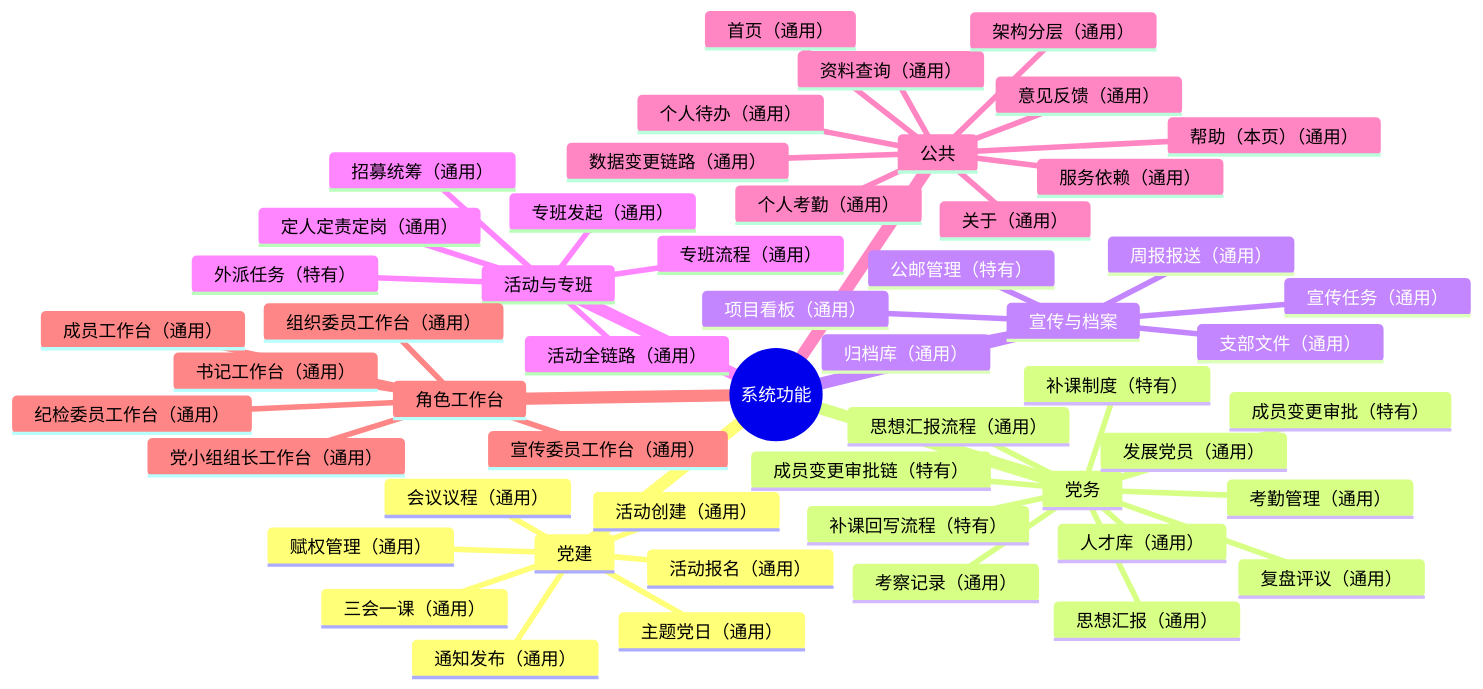
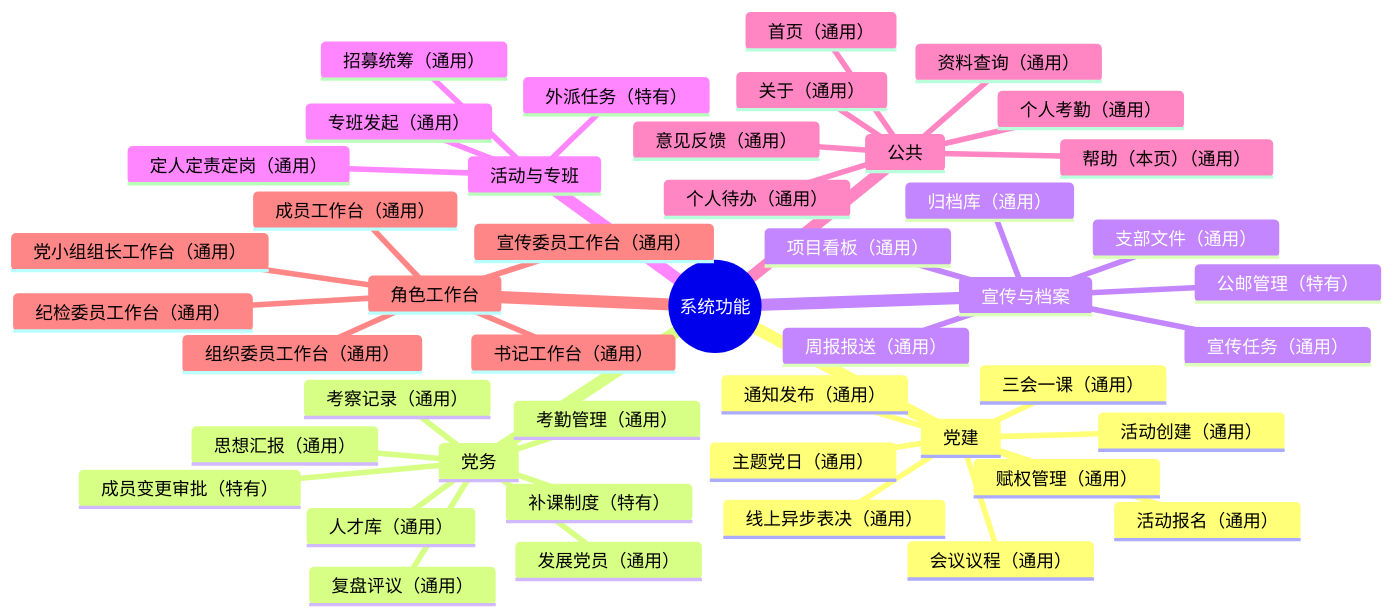
One commit to czhgo/GSM1921-SOP changed the diagram in README.md. Above: the diagram before and after it, drawn with Mermaid. The commit also changed 183 other files, not shown here.

Commit message:
feat(flow): 业务链路角色化 FLOW_LINKS 12 条 + help 架构叙事对齐 + catalog 整合 (T6/T7/T8, 20260901h to i, 87/87)

````diff
--- a/README.md
+++ b/README.md
@@ -283,56 +283,49 @@
 ```mermaid
 mindmap
   root((系统功能))
     党建
       活动创建（通用）
       会议议程（通用）
       三会一课（通用）
       主题党日（通用）
       活动报名（通用）
       赋权管理（通用）
       通知发布（通用）
+      线上异步表决（通用）
     党务
       发展党员（通用）
       人才库（通用）
       考察记录（通用）
       考勤管理（通用）
       补课制度（特有）
       复盘评议（通用）
       思想汇报（通用）
       成员变更审批（特有）
-      成员变更审批链（特有）
-      思想汇报流程（通用）
-      补课回写流程（特有）
     宣传与档案
       宣传任务（通用）
       项目看板（通用）
       周报报送（通用）
       支部文件（通用）
       公邮管理（特有）
       归档库（通用）
     活动与专班
       专班发起（通用）
       招募统筹（通用）
       定人定责定岗（通用）
       外派任务（特有）
-      活动全链路（通用）
-      专班流程（通用）
     公共
       首页（通用）
       资料查询（通用）
       意见反馈（通用）
       个人待办（通用）
       个人考勤（通用）
       帮助（本页）（通用）
       关于（通用）
-      架构分层（通用）
-      服务依赖（通用）
-      数据变更链路（通用）
     角色工作台
       书记工作台（通用）
       组织委员工作台（通用）
       宣传委员工作台（通用）
       纪检委员工作台（通用）
       党小组组长工作台（通用）
       成员工作台（通用）
 ```
````
